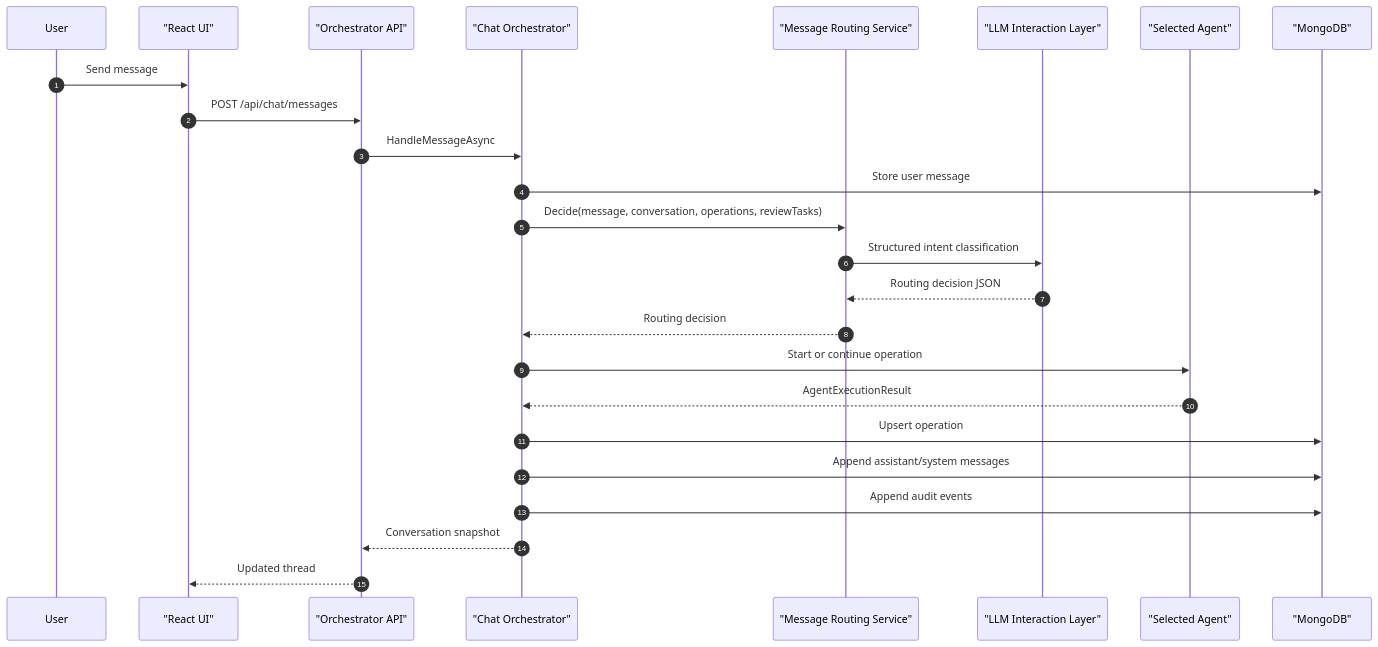
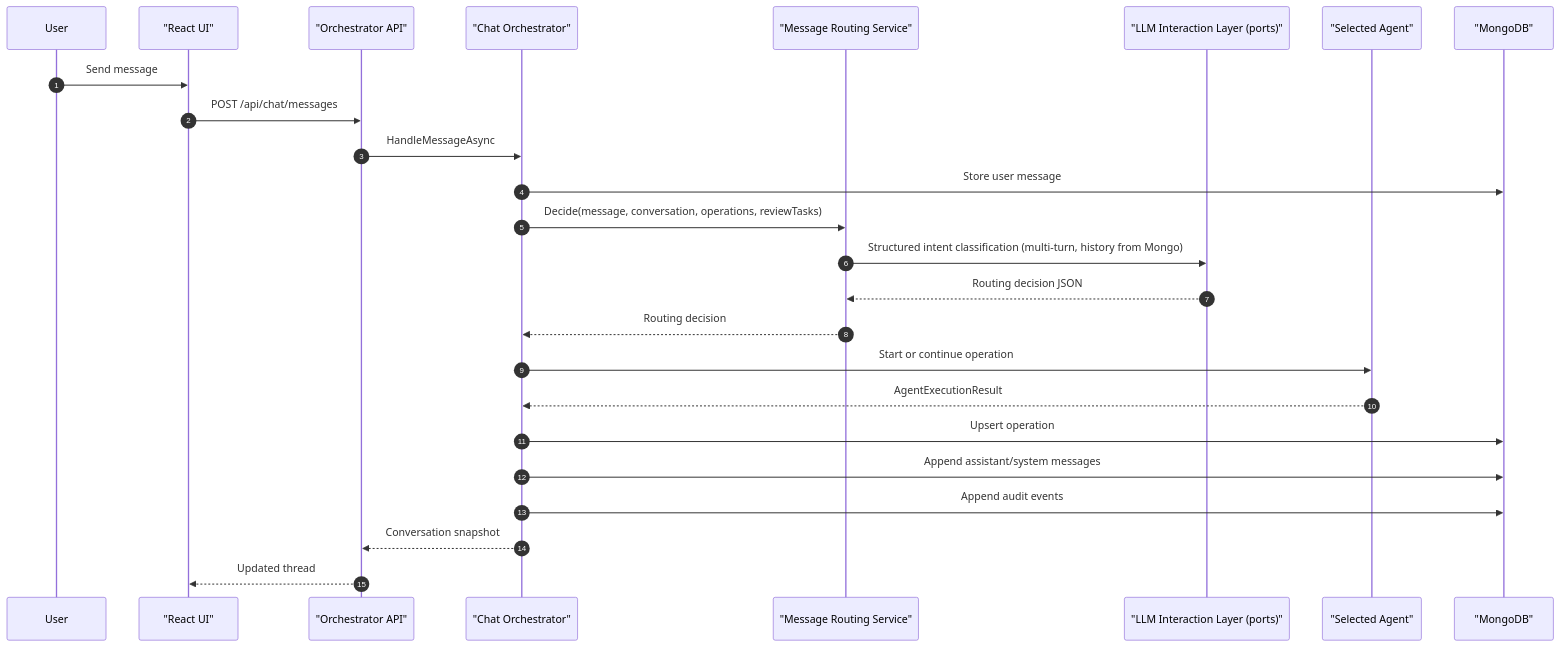
The fourth of 15 diagrams in docs/system-design.md (naveenpatilcbit/agentic-orchestrator), drawn with Mermaid before and after one commit. The commit also changed other lines of this file, not shown here.

Commit message:
Update system design doc for clean architecture and multi-turn

````diff
--- a/docs/system-design.md
+++ b/docs/system-design.md
@@ -398,28 +413,28 @@
 ```mermaid
 sequenceDiagram
     autonumber
     participant U as User
     participant UI as "React UI"
     participant API as "Orchestrator API"
     participant CHAT as "Chat Orchestrator"
     participant ROUTER as "Message Routing Service"
-    participant LLM as "LLM Interaction Layer"
+    participant LLM as "LLM Interaction Layer (ports)"
     participant AGENT as "Selected Agent"
     participant DB as "MongoDB"
 
     U->>UI: Send message
     UI->>API: POST /api/chat/messages
     API->>CHAT: HandleMessageAsync
     CHAT->>DB: Store user message
     CHAT->>ROUTER: Decide(message, conversation, operations, reviewTasks)
-    ROUTER->>LLM: Structured intent classification
+    ROUTER->>LLM: Structured intent classification (multi-turn, history from Mongo)
     LLM-->>ROUTER: Routing decision JSON
     ROUTER-->>CHAT: Routing decision
     CHAT->>AGENT: Start or continue operation
     AGENT-->>CHAT: AgentExecutionResult
     CHAT->>DB: Upsert operation
     CHAT->>DB: Append assistant/system messages
     CHAT->>DB: Append audit events
     CHAT-->>API: Conversation snapshot
     API-->>UI: Updated thread
 ```
````
